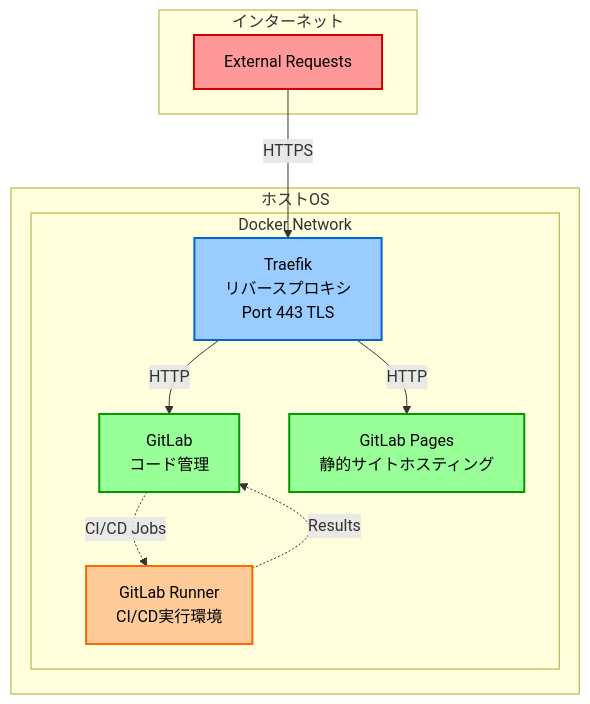
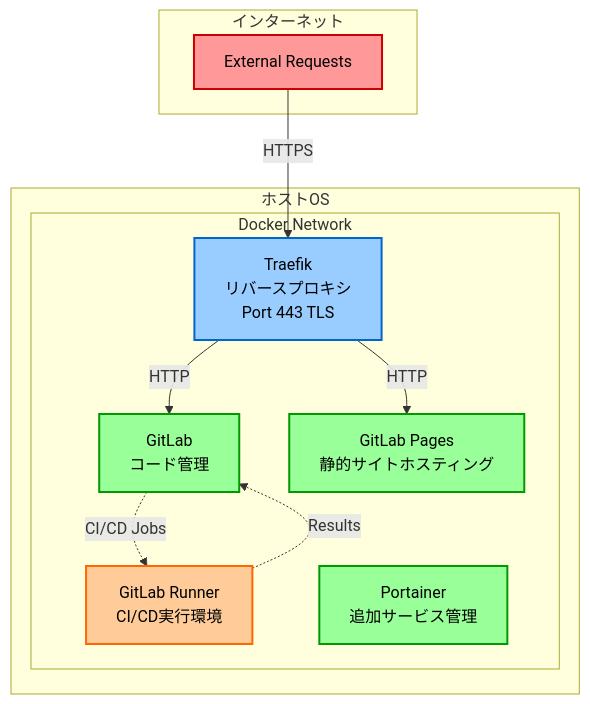
The diagram in README.md (okdwtr/servers), drawn with Mermaid before and after one commit. The commit also changed other lines of this file and 2 other files, not shown here.

Commit message:
docs: document Portainer role and management scope

````diff
--- a/README.md
+++ b/README.md
@@ -11,31 +11,32 @@
 ```mermaid
 graph TB
     subgraph "インターネット"
         INET["External Requests"]
     end
     
     subgraph "ホストOS"
         subgraph "Docker Network"
             TRAEFIK["Traefik<br/>リバースプロキシ<br/>Port 443 TLS"]
             GITLAB["GitLab<br/>コード管理"]
             PAGES["GitLab Pages<br/>静的サイトホスティング"]
             RUNNER["GitLab Runner<br/>CI/CD実行環境"]
+            PORTAINER["Portainer<br/>追加サービス管理"]
         end
     end
     
     INET -->|HTTPS| TRAEFIK
     TRAEFIK -->|HTTP| GITLAB
     TRAEFIK -->|HTTP| PAGES
     GITLAB -.->|CI/CD Jobs| RUNNER
     RUNNER -.->|Results| GITLAB
     
     classDef external fill:#ff9999,stroke:#cc0000,stroke-width:2px,color:#000
     classDef proxy fill:#99ccff,stroke:#0066cc,stroke-width:2px,color:#000
     classDef service fill:#99ff99,stroke:#009900,stroke-width:2px,color:#000
     classDef ci fill:#ffcc99,stroke:#ff6600,stroke-width:2px,color:#000
     
     class INET external
     class TRAEFIK proxy
-    class GITLAB,PAGES service
+    class GITLAB,PAGES,PORTAINER service
     class RUNNER ci
 ```
````
